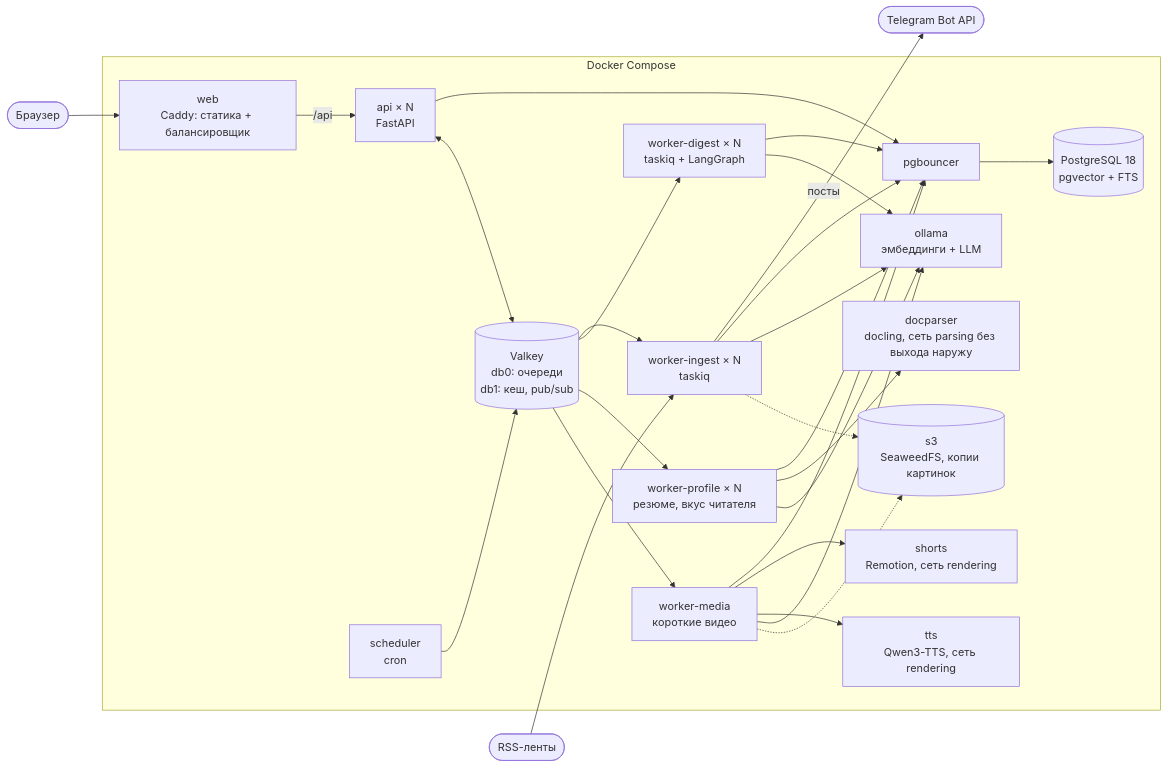
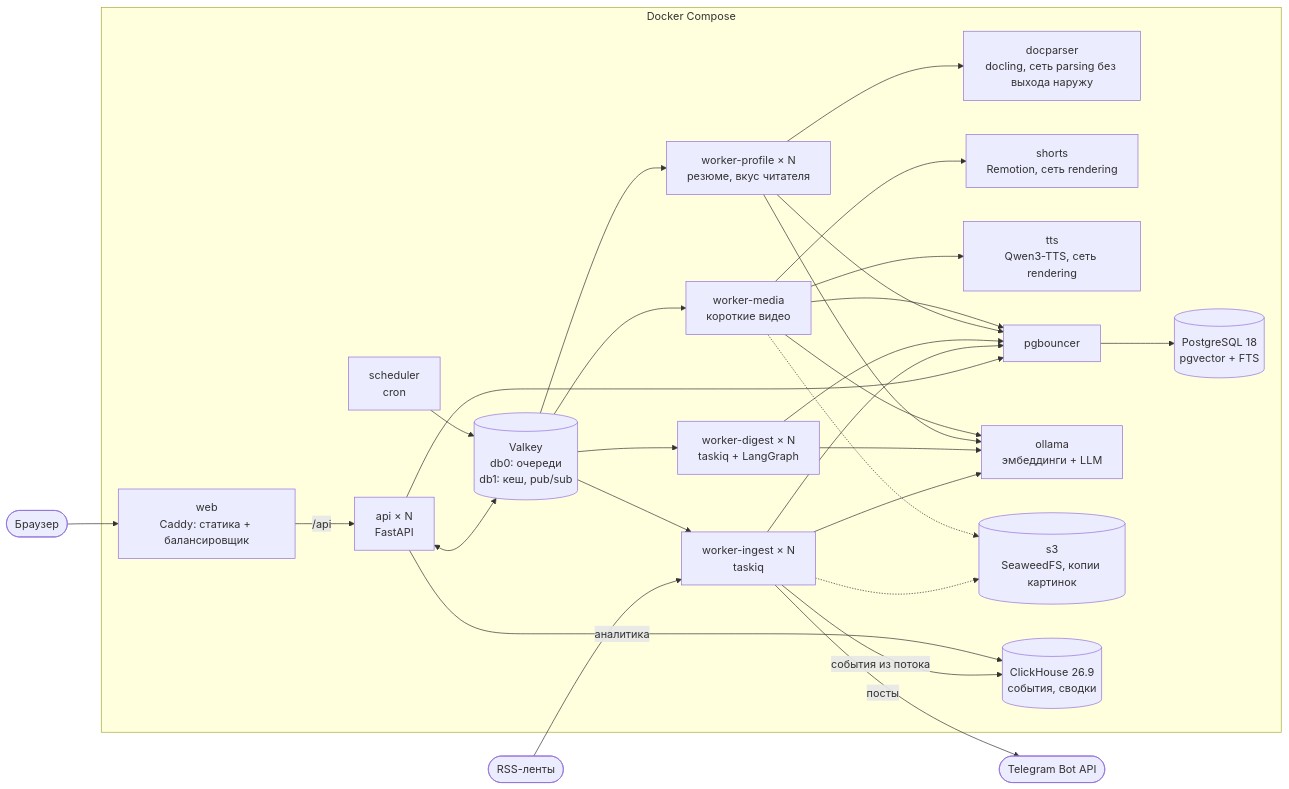
One commit to verikirill/scrap-and-grep changed the first of 7 diagrams in docs/ARCHITECTURE.md. Above: the diagram before and after it, drawn with Mermaid. The commit also changed other lines of this file and 5 other files, not shown here.

````diff
--- a/docs/ARCHITECTURE.md
+++ b/docs/ARCHITECTURE.md
@@ -7,46 +7,49 @@
 ```mermaid
 flowchart LR
     browser([Браузер]) --> web
 
     subgraph stack[Docker Compose]
         web[web<br/>Caddy: статика + балансировщик]
         api[api × N<br/>FastAPI]
         wi[worker-ingest × N<br/>taskiq]
         wd[worker-digest × N<br/>taskiq + LangGraph]
         wp[worker-profile × N<br/>резюме, вкус читателя]
         dp[docparser<br/>docling, сеть parsing без выхода наружу]
         wm[worker-media<br/>короткие видео]
         sh[shorts<br/>Remotion, сеть rendering]
         tts[tts<br/>Qwen3-TTS, сеть rendering]
         sch[scheduler<br/>cron]
         bouncer[pgbouncer]
         pg[(PostgreSQL 18<br/>pgvector + FTS)]
         vk[(Valkey<br/>db0: очереди<br/>db1: кеш, pub/sub)]
         ollama[ollama<br/>эмбеддинги + LLM]
         s3[(s3<br/>SeaweedFS, копии картинок)]
+        ch[(ClickHouse 26.9<br/>события, сводки)]
     end
 
     feeds([RSS-ленты]) --> wi
     wi -- посты --> tg([Telegram Bot API])
     web -- /api --> api
     api --> bouncer --> pg
     api <--> vk
     sch --> vk
     vk --> wi
     vk --> wd
     vk --> wp
     wi --> bouncer
     wd --> bouncer
     wp --> bouncer
     wp --> dp
     vk --> wm
     wm --> bouncer
     wm --> sh
     wm --> tts
     wi --> ollama
     wd --> ollama
     wp --> ollama
     wm --> ollama
     wi -.-> s3
     wm -.-> s3
+    wi -- события из потока --> ch
+    api -- аналитика --> ch
 ```
````
